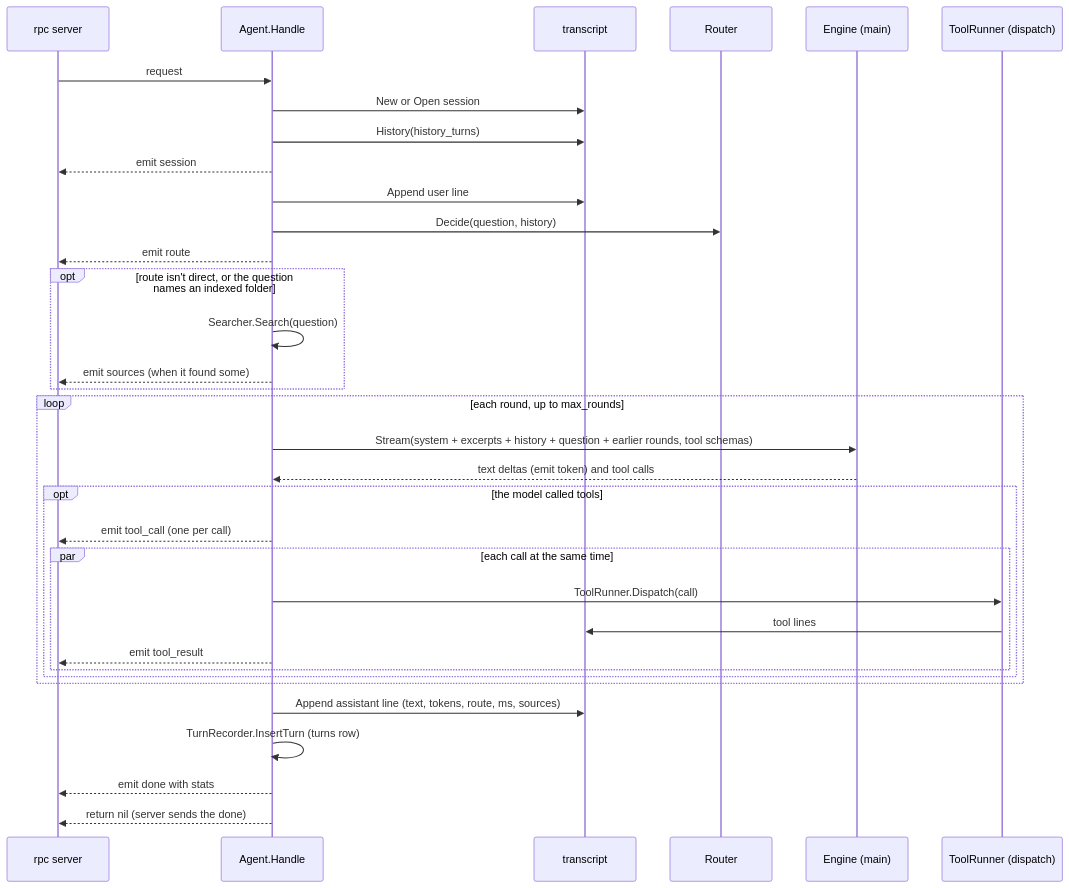
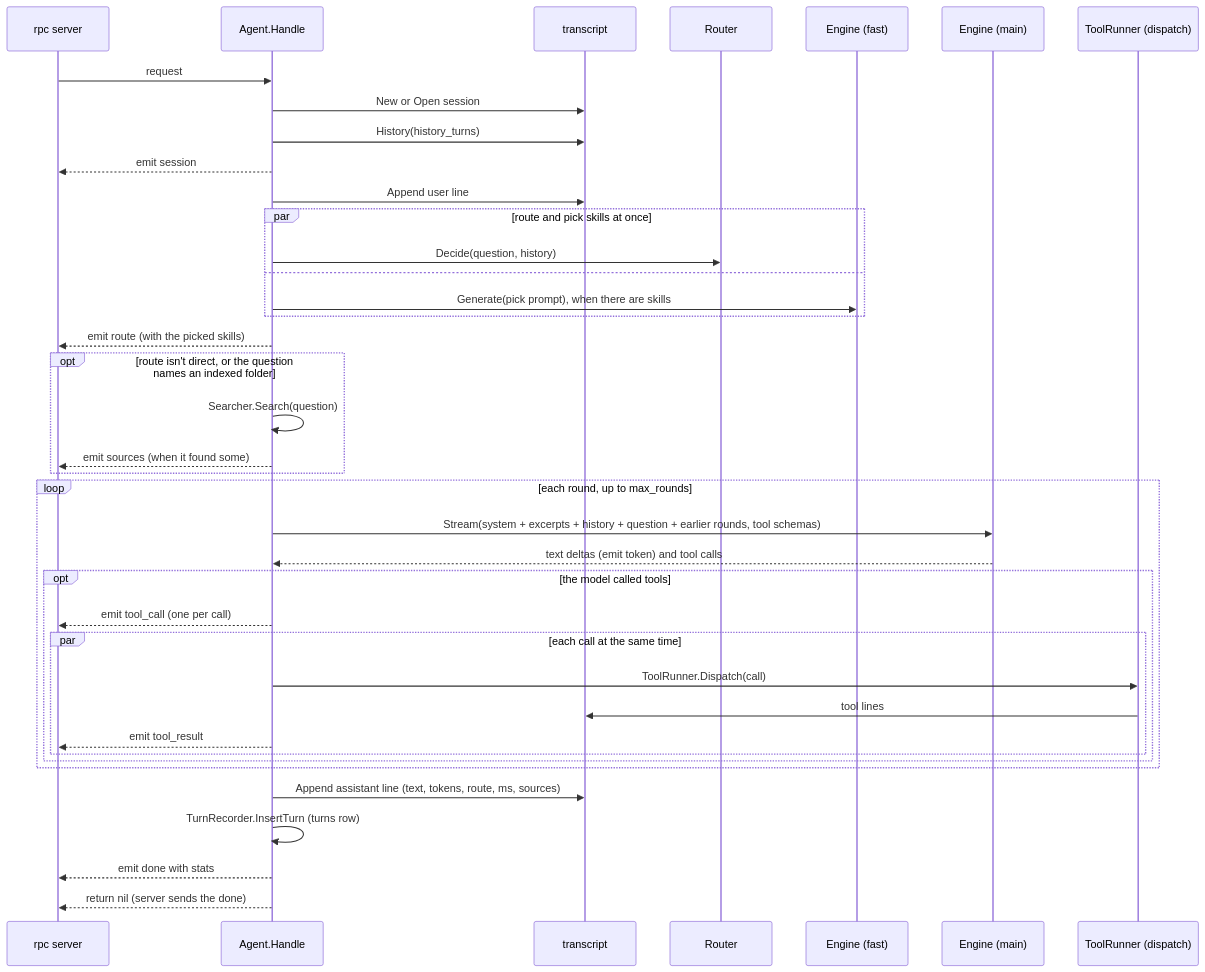
Before and after one commit to aarora79/meru: the diagram in docs/coding-notes/agent.md, drawn with Mermaid. The commit also changed other lines of this file and 49 other files, not shown here.

First line of the commit message:
Skills: pick per turn, meru skills, and write_file

````diff
--- a/docs/coding-notes/agent.md
+++ b/docs/coding-notes/agent.md
@@ -30,36 +30,41 @@
 ```mermaid
 sequenceDiagram
     participant S as rpc server
     participant A as Agent.Handle
     participant T as transcript
     participant R as Router
+    participant F as Engine (fast)
     participant E as Engine (main)
     participant D as ToolRunner (dispatch)
     S->>A: request
     A->>T: New or Open session
     A->>T: History(history_turns)
     A-->>S: emit session
     A->>T: Append user line
-    A->>R: Decide(question, history)
-    A-->>S: emit route
+    par route and pick skills at once
+        A->>R: Decide(question, history)
+    and
+        A->>F: Generate(pick prompt), when there are skills
+    end
+    A-->>S: emit route (with the picked skills)
     opt route isn't direct, or the question names an indexed folder
         A->>A: Searcher.Search(question)
         A-->>S: emit sources (when it found some)
     end
     loop each round, up to max_rounds
         A->>E: Stream(system + excerpts + history + question + earlier rounds, tool schemas)
         E-->>A: text deltas (emit token) and tool calls
         opt the model called tools
             A-->>S: emit tool_call (one per call)
             par each call at the same time
                 A->>D: ToolRunner.Dispatch(call)
                 D->>T: tool lines
                 A-->>S: emit tool_result
             end
         end
     end
     A->>T: Append assistant line (text, tokens, route, ms, sources)
     A->>A: TurnRecorder.InsertTurn (turns row)
     A-->>S: emit done with stats
     A-->>S: return nil (server sends the done)
 ```
````
